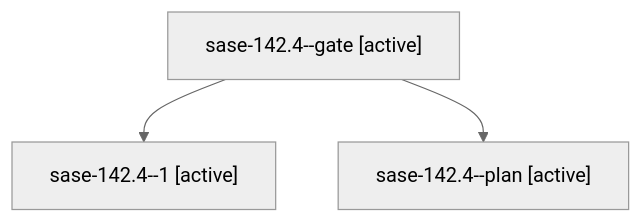
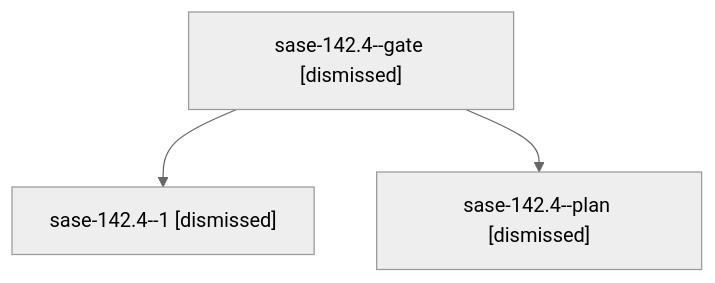
The diagram in sessions/bbugyi200.athena.sase-142.4.md (sase-org/sase--agents), drawn with Mermaid (neutral theme) before and after one commit. The commit also changed other lines of this file and 85 other files, not shown here.

````diff
--- a/sessions/bbugyi200.athena.sase-142.4.md
+++ b/sessions/bbugyi200.athena.sase-142.4.md
@@ -9,8 +9,8 @@
 ```mermaid
 flowchart TD
-  n0["sase-142.4--gate [active]"]
-  n1["sase-142.4--1 [active]"]
+  n0["sase-142.4--gate [dismissed]"]
+  n1["sase-142.4--1 [dismissed]"]
   n0 --> n1
-  n2["sase-142.4--plan [active]"]
+  n2["sase-142.4--plan [dismissed]"]
   n0 --> n2
 ```
````
